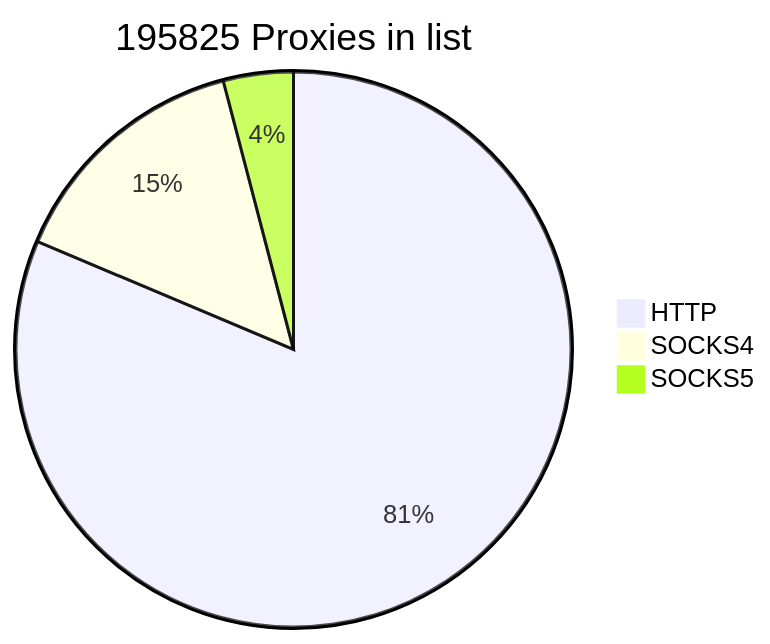
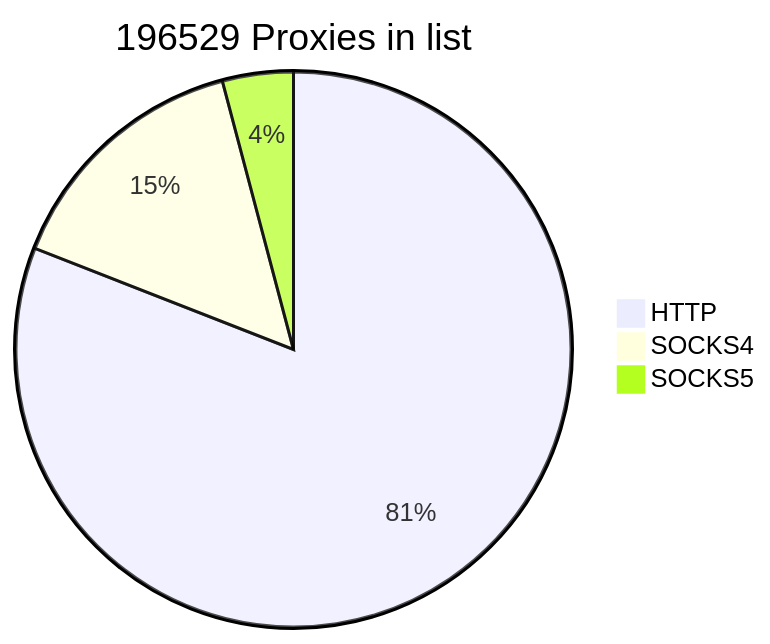
The first of 2 diagrams in README.md (cutipu/proxylist), drawn with Mermaid before and after one commit. The commit also changed other lines of this file, not shown here.

````diff
--- a/README.md
+++ b/README.md
@@ -2,7 +2,7 @@
 ```mermaid
-pie title 195825 Proxies in list
-    "HTTP" : 159310
-    "SOCKS4" : 28548
-    "SOCKS5" : 7967
+pie title 196529 Proxies in list
+    "HTTP" : 159053
+    "SOCKS4" : 29375
+    "SOCKS5" : 8101
             
 ```
````
